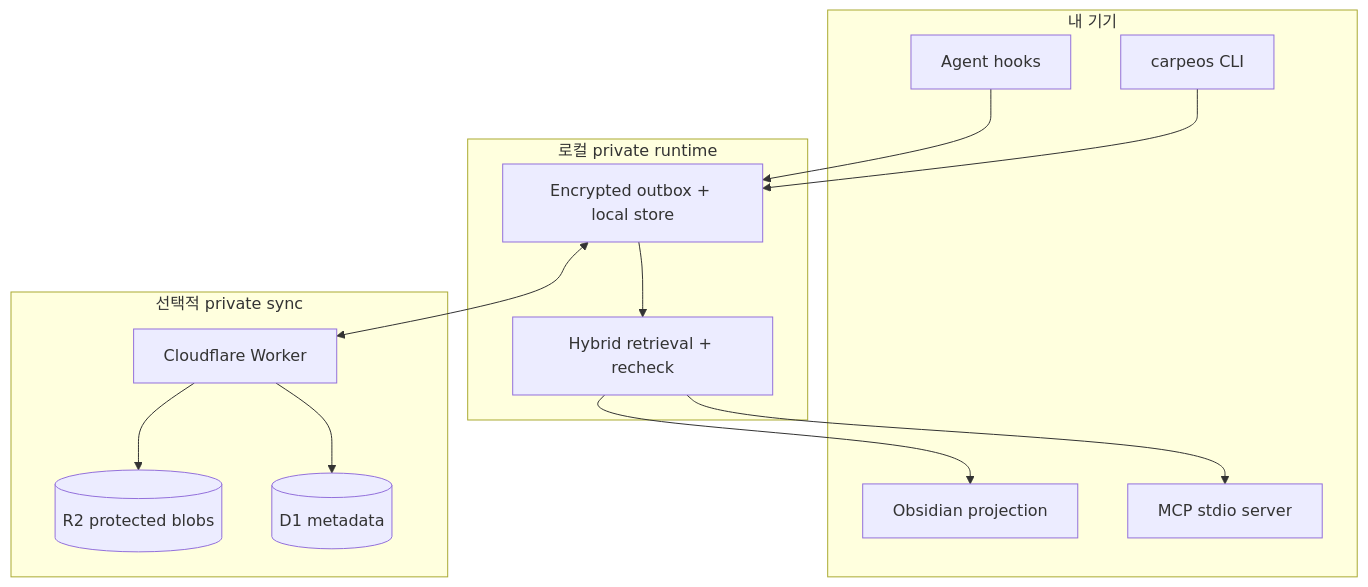
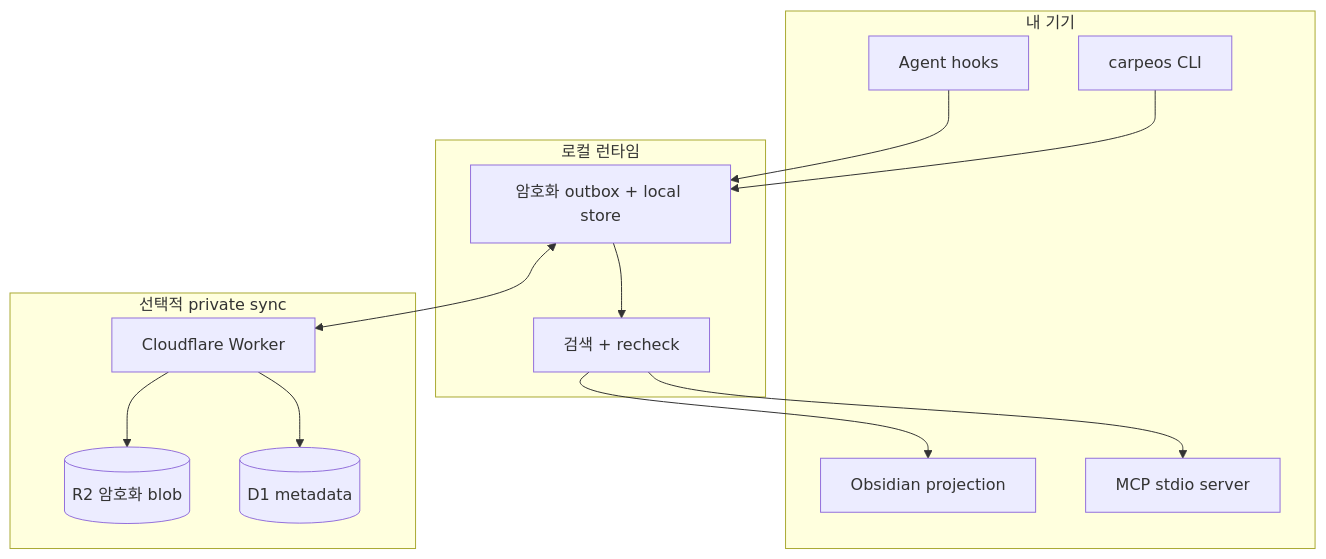
One commit to innocarpe/CarpeOS changed the second of 3 diagrams in README.ko.md. Above: the diagram before and after it, drawn with Mermaid. The commit also changed other lines of this file and 2 other files, not shown here.

````diff
--- a/README.ko.md
+++ b/README.ko.md
@@ -105,29 +102,29 @@
 ```mermaid
 flowchart TB
   subgraph devices [내 기기]
     H1[Agent hooks]
     CLI[carpeos CLI]
     MCP[MCP stdio server]
     OBS[Obsidian projection]
   end
 
-  subgraph local [로컬 private runtime]
-    OUT[Encrypted outbox + local store]
-    RET[Hybrid retrieval + recheck]
+  subgraph local [로컬 런타임]
+    OUT[암호화 outbox + local store]
+    RET[검색 + recheck]
   end
 
   subgraph private [선택적 private sync]
     W[Cloudflare Worker]
     D1[(D1 metadata)]
-    R2[(R2 protected blobs)]
+    R2[(R2 암호화 blob)]
   end
 
   H1 --> OUT
   CLI --> OUT
   OUT --> RET
   RET --> MCP
   RET --> OBS
   OUT <--> W
   W --> D1
   W --> R2
 ```
````
